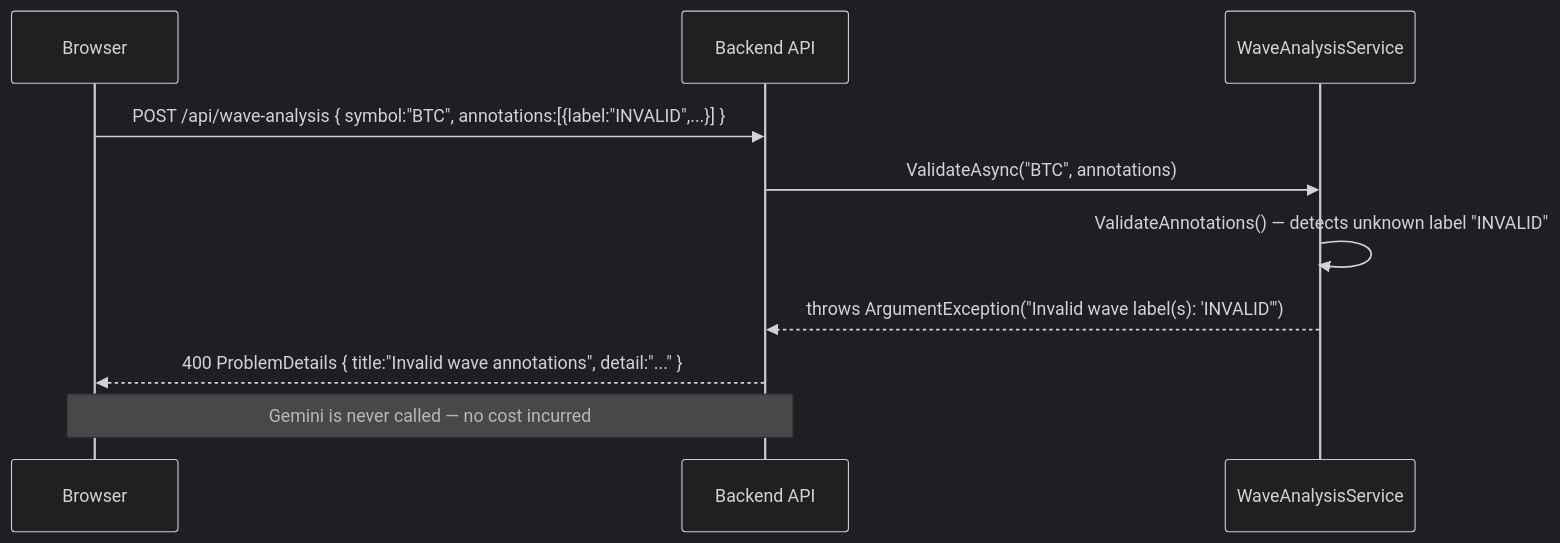
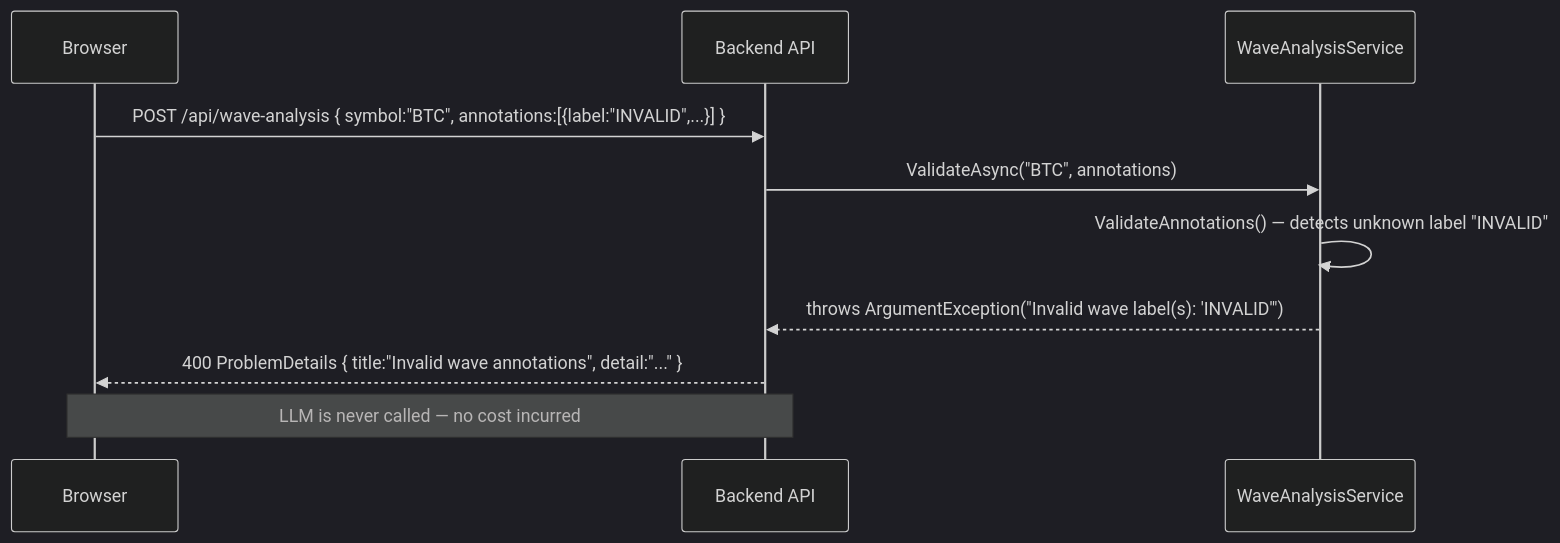
Before and after one commit to NexusHero/ElliotWaveAnalyzer: the seventh of 10 diagrams in docs/architecture.md, drawn with Mermaid (dark theme). The commit also changed other lines of this file and 4 other files, not shown here.

First line of the commit message:
docs: architecture governance — mandatory ADRs, requirements + sequence diagrams, 90% coverage

````diff
--- a/docs/architecture.md
+++ b/docs/architecture.md
@@ -329,13 +347,13 @@
 ```mermaid
 sequenceDiagram
     participant Browser
     participant API as Backend API
     participant WAS as WaveAnalysisService
 
     Browser->>API: POST /api/wave-analysis { symbol:"BTC", annotations:[{label:"INVALID",...}] }
     API->>WAS: ValidateAsync("BTC", annotations)
     WAS->>WAS: ValidateAnnotations() — detects unknown label "INVALID"
     WAS-->>API: throws ArgumentException("Invalid wave label(s): 'INVALID'")
     API-->>Browser: 400 ProblemDetails { title:"Invalid wave annotations", detail:"..." }
-    Note over Browser,API: Gemini is never called — no cost incurred
+    Note over Browser,API: LLM is never called — no cost incurred
 ```
````
